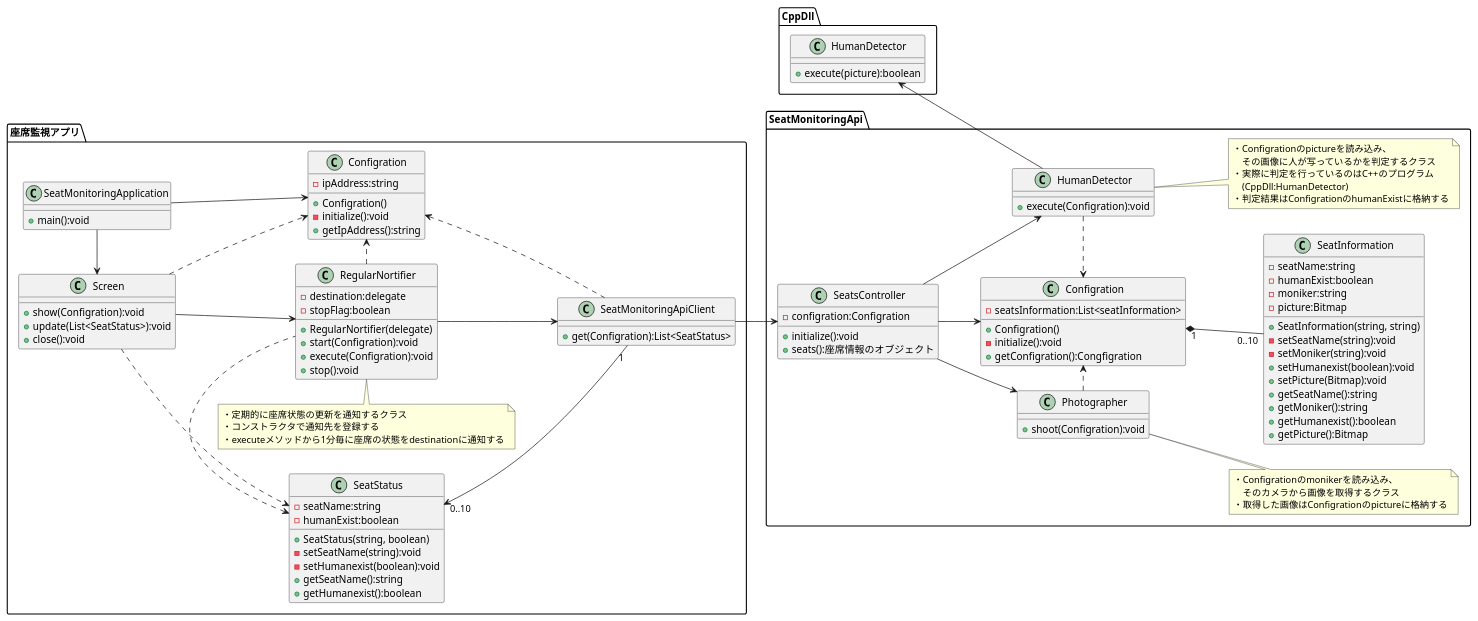
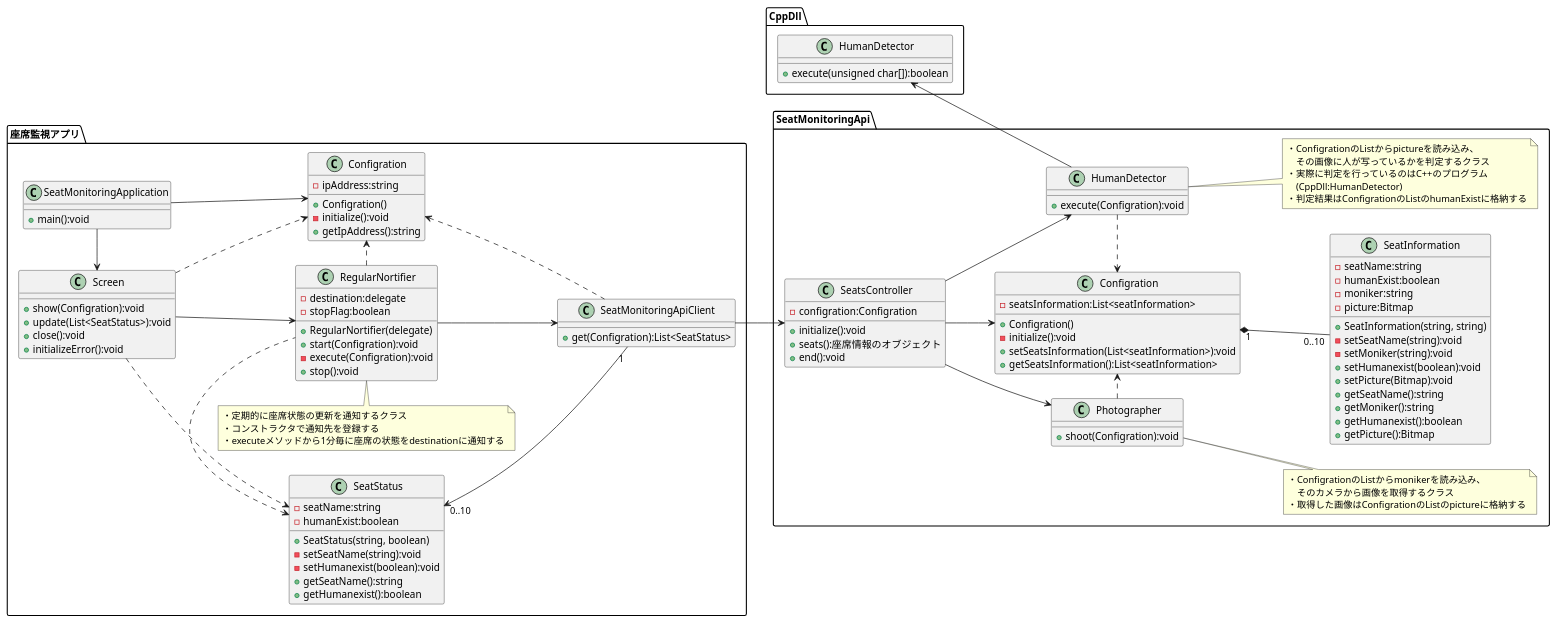
Before and after one commit to KeisukeSugita/Seat-monitoring-system: the diagram in doc/詳細設計/構成図(.pu)/クラス図.pu, drawn with PlantUML. The commit also changed 5 other files, not shown here.

```diff
--- a/doc/詳細設計/構成図(.pu)/クラス図.pu
+++ b/doc/詳細設計/構成図(.pu)/クラス図.pu
@@ -1,127 +1,130 @@
 @startuml クラス図
 left to right direction
 
 package 座席監視アプリ {
     class "SeatMonitoringApplication" as SeatMonitoringApplication {
         + main():void
     }
 
     class "Configration" as ClientConfigration {
 		- ipAddress:string
         + Configration()
         - initialize():void
         + getIpAddress():string
     }
 
 	class "Screen" as Screen {
         + show(Configration):void
         + update(List<SeatStatus>):void
 		+ close():void
+        + initializeError():void
     }
 
     class "SeatMonitoringApiClient" as SeatMonitoringApiClient {
         + get(Configration):List<SeatStatus>
     }
 
     class "RegularNortifier" as RegularNortifier {
         - destination:delegate
         - stopFlag:boolean
         + RegularNortifier(delegate)
         + start(Configration):void
-        + execute(Configration):void
+        - execute(Configration):void
         + stop():void
     }
         note top of RegularNortifier
             ・定期的に座席状態の更新を通知するクラス
             ・コンストラクタで通知先を登録する
             ・executeメソッドから1分毎に座席の状態をdestinationに通知する
         end note
 
     class "SeatStatus" as SeatStatus {
         - seatName:string
         - humanExist:boolean
         + SeatStatus(string, boolean)
         - setSeatName(string):void
         - setHumanexist(boolean):void
         + getSeatName():string
         + getHumanexist():boolean
-            }
+    }
 }
 
 package SeatMonitoringApi {
     class "SeatsController" as SeatsController {
         - configration:Configration
         + initialize():void
         + seats():座席情報のオブジェクト
+        + end():void
     }
     
     class "Configration" as ServerConfigration {
         - seatsInformation:List<seatInformation>
         + Configration()
         - initialize():void
-        + getConfigration():Congfigration
+        + setSeatsInformation(List<seatInformation>):void
+        + getSeatsInformation():List<seatInformation>
     }
 
     class "Photographer" as Photographer {
         + shoot(Configration):void
     }
         note right of Photographer
-            ・Configrationのmonikerを読み込み、
+            ・ConfigrationのListからmonikerを読み込み、
             　そのカメラから画像を取得するクラス
-            ・取得した画像はConfigrationのpictureに格納する
+            ・取得した画像はConfigrationのListのpictureに格納する
         end note
     
     class "SeatInformation" as SeatInformation {
         - seatName:string
         - humanExist:boolean
         - moniker:string
         - picture:Bitmap
         + SeatInformation(string, string)
         - setSeatName(string):void
         - setMoniker(string):void
         + setHumanexist(boolean):void
         + setPicture(Bitmap):void
         + getSeatName():string
         + getMoniker():string
         + getHumanexist():boolean
         + getPicture():Bitmap
     }
     
     class "HumanDetector" as CsHumanDetector {
         + execute(Configration):void
     }
         note right of CsHumanDetector
-            ・Configrationのpictureを読み込み、
+            ・ConfigrationのListからpictureを読み込み、
             　その画像に人が写っているかを判定するクラス
             ・実際に判定を行っているのはC++のプログラム
             　(CppDll:HumanDetector)
-            ・判定結果はConfigrationのhumanExistに格納する
+            ・判定結果はConfigrationのListのhumanExistに格納する
         end note
 }
 
 package CppDll {
     class "HumanDetector" as CppHumanDetector {
-        + execute(picture):boolean
+        + execute(unsigned char[]):boolean
     }
 }
 
 SeatMonitoringApplication -> ClientConfigration
 SeatMonitoringApplication -left-> Screen
 Screen -down-> RegularNortifier
 RegularNortifier -down-> SeatMonitoringApiClient
 RegularNortifier .> ClientConfigration
 RegularNortifier .left.> SeatStatus
 Screen .> SeatStatus
 Screen .> ClientConfigration
 SeatMonitoringApiClient .left.> ClientConfigration
 SeatMonitoringApiClient "1"-left->"0..10" SeatStatus
 SeatMonitoringApiClient -down-> SeatsController
 ServerConfigration "1"*-down-"0..10" SeatInformation
 SeatsController -> ServerConfigration
 SeatsController --> Photographer
 SeatsController --> CsHumanDetector
 CppHumanDetector <-- CsHumanDetector
 Photographer .> ServerConfigration
 CsHumanDetector .> ServerConfigration
 
 @enduml
```
